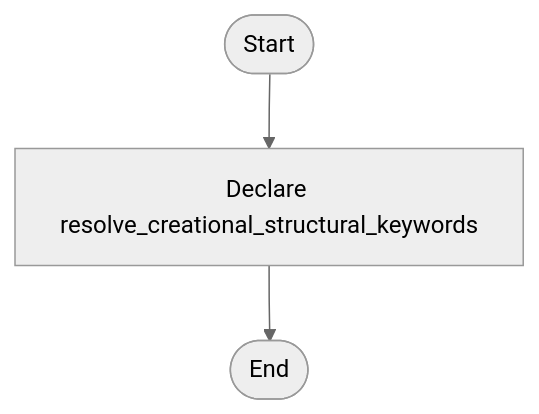
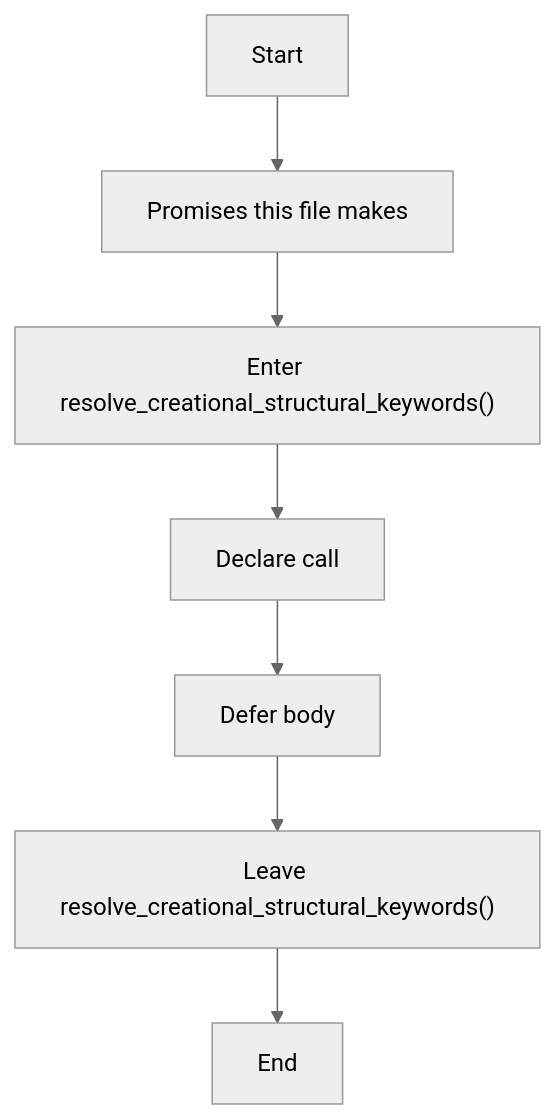
One commit to JohnAndrewBalbarosa/NeoTerritory changed the first of 2 diagrams in docs/Codebase/Microservice/Modules/Header/Creational/Logic/creational_structural_hooks.hpp.md. Above: the diagram before and after it, drawn with Mermaid (neutral theme). The commit also changed other lines of this file and 752 other files, not shown here.

````diff
--- a/docs/Codebase/Microservice/Modules/Header/Creational/Logic/creational_structural_hooks.hpp.md
+++ b/docs/Codebase/Microservice/Modules/Header/Creational/Logic/creational_structural_hooks.hpp.md
@@ -30,8 +22,16 @@
 ```mermaid
 flowchart TD
-    Start([Start])
-    N0[Declare resolve_creational_structural_keywords]
-    End([End])
+    Start["Start"]
+    N0["Promises this file makes"]
+    N1["Enter resolve_creational_structural_keywords()"]
+    N2["Declare call"]
+    N3["Defer body"]
+    N4["Leave resolve_creational_structural_keywords()"]
+    End["End"]
     Start --> N0
-    N0 --> End
+    N0 --> N1
+    N1 --> N2
+    N2 --> N3
+    N3 --> N4
+    N4 --> End
 ```
````
